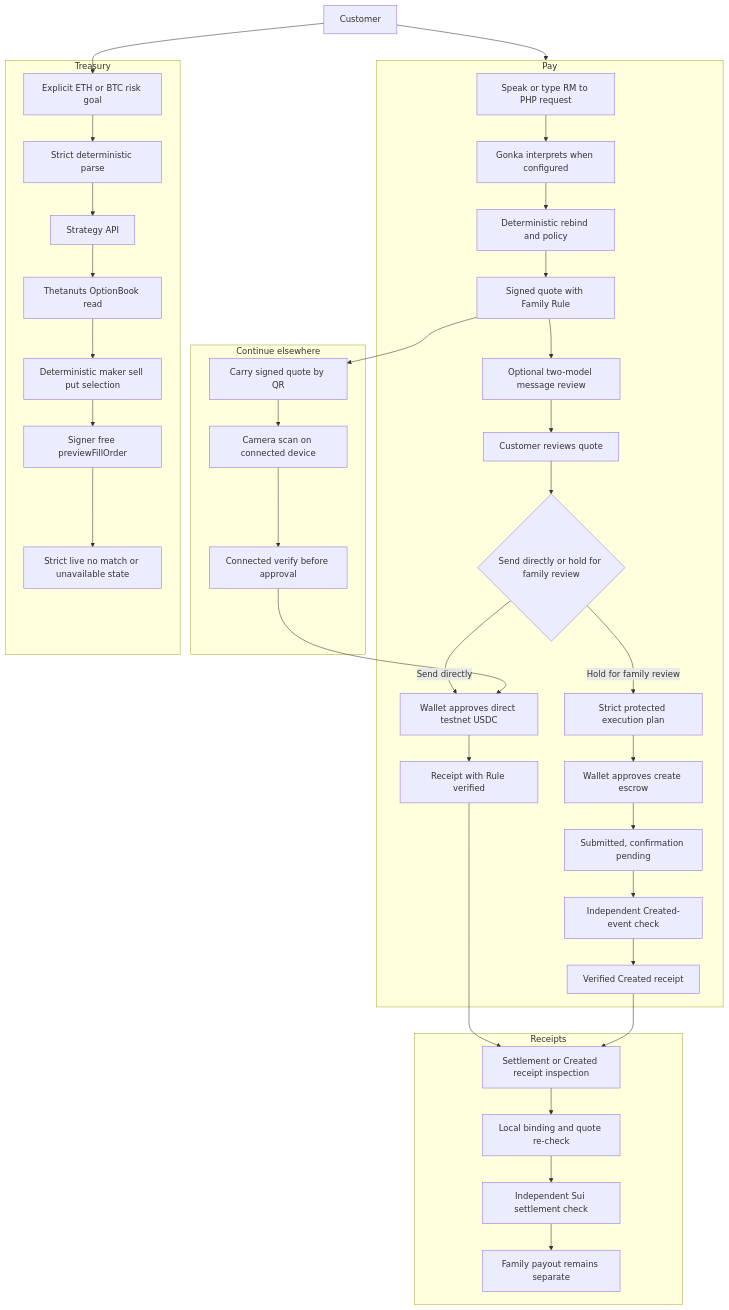
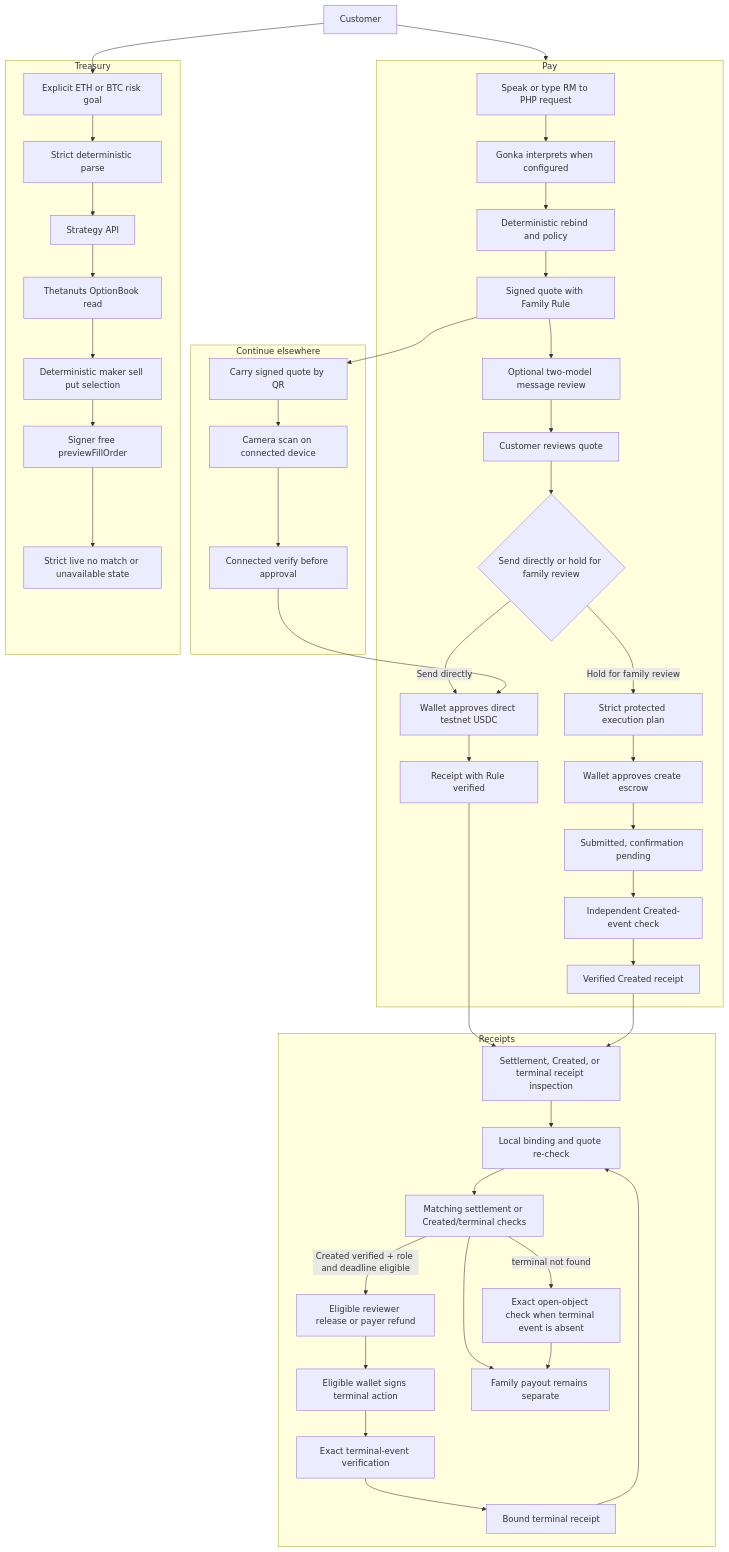
The first of 5 diagrams in README.md (MUBA-Hack/convey-sui), drawn with Mermaid before and after one commit. The commit also changed other lines of this file and 32 other files, not shown here.

````diff
--- a/README.md
+++ b/README.md
@@ -542,57 +580,65 @@
 ```mermaid
 flowchart TB
   Customer["Customer"]
 
   subgraph Pay["Pay"]
     Request["Speak or type RM to PHP request"]
     Interpret["Gonka interprets when configured"]
     Rebind["Deterministic rebind and policy"]
     Quote["Signed quote with Family Rule"]
     Steward["Optional two-model message review"]
     Review["Customer reviews quote"]
     Choice{"Send directly or hold for family review"}
     DirectWallet["Wallet approves direct testnet USDC"]
     HoldPlan["Strict protected execution plan"]
     HoldWallet["Wallet approves create escrow"]
     Receipt["Receipt with Rule verified"]
     HoldPending["Submitted, confirmation pending"]
     CreatedCheck["Independent Created-event check"]
     HoldReceipt["Verified Created receipt"]
     Request --> Interpret --> Rebind --> Quote --> Steward --> Review --> Choice
     Choice -->|Send directly| DirectWallet --> Receipt
     Choice -->|Hold for family review| HoldPlan --> HoldWallet --> HoldPending --> CreatedCheck --> HoldReceipt
   end
 
   subgraph Carry["Continue elsewhere"]
     Qr["Carry signed quote by QR"]
     Scan["Camera scan on connected device"]
     QuoteCheck["Connected verify before approval"]
     Qr --> Scan --> QuoteCheck
   end
 
   subgraph Protect["Treasury"]
     Goal["Explicit ETH or BTC risk goal"]
     Parse["Strict deterministic parse"]
     ShieldAPI["Strategy API"]
     Read["Thetanuts OptionBook read"]
     Policy["Deterministic maker sell put selection"]
     Preview["Signer free previewFillOrder"]
     State["Strict live no match or unavailable state"]
     Goal --> Parse --> ShieldAPI --> Read --> Policy --> Preview --> State
   end
 
   subgraph ReceiptsArea["Receipts"]
-    ReceiptReview["Settlement or Created receipt inspection"]
+    ReceiptReview["Settlement, Created, or terminal receipt inspection"]
     ReceiptEvidence["Local binding and quote re-check"]
-    SuiCheck["Independent Sui settlement check"]
+    SuiCheck["Matching settlement or Created/terminal checks"]
+    OpenCheck["Exact open-object check when terminal event is absent"]
+    TerminalAction["Eligible reviewer release or payer refund"]
+    TerminalWallet["Eligible wallet signs terminal action"]
+    TerminalOutcome["Exact terminal-event verification"]
+    TerminalResult["Bound terminal receipt"]
     PayoutState["Family payout remains separate"]
     ReceiptReview --> ReceiptEvidence --> SuiCheck --> PayoutState
+    SuiCheck -->|terminal not found| OpenCheck --> PayoutState
+    SuiCheck -->|Created verified + role and deadline eligible| TerminalAction --> TerminalWallet --> TerminalOutcome --> TerminalResult
+    TerminalResult --> ReceiptEvidence
   end
 
   Customer --> Pay
   Quote --> Qr
   QuoteCheck --> DirectWallet
   Customer --> Goal
   Receipt --> ReceiptReview
   HoldReceipt --> ReceiptReview
 ```
````
